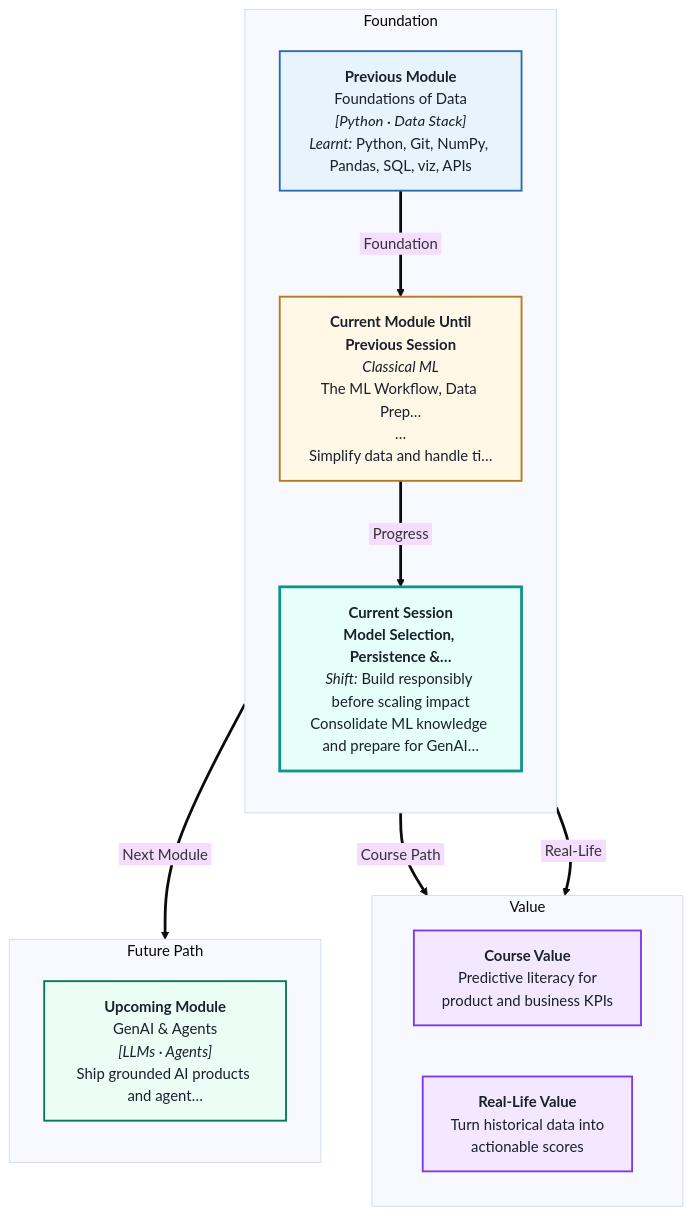
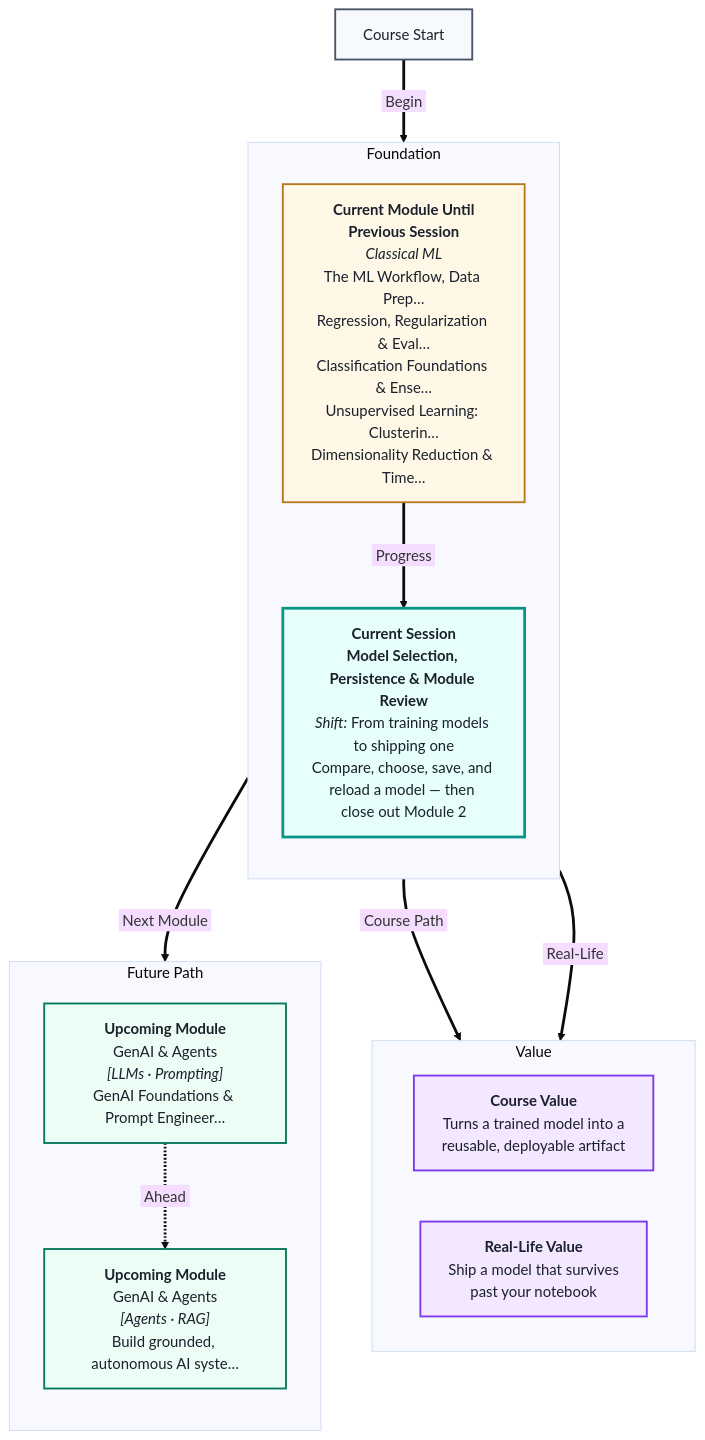
The diagram in IITP_AIML_Regional/IITP-AIMLTN-2605/Module 2- Classical ML/Session 12- Model Selection, Persistence & Module Review/mental Map: Model Selection, Persistence & Module Review.md (ritzrmx/Masai_Curriculum), drawn with Mermaid (base theme) before and after one commit. The commit also changed 47 other files, not shown here.

First line of the commit message:
Regenerate Module 2 (Classical ML) lecture scripts, mental maps & coding problems

````diff
--- a/IITP_AIML_Regional/IITP-AIMLTN-2605/Module 2- Classical ML/Session 12- Model Selection, Persistence & Module Review/mental Map: Model Selection, Persistence & Module Review.md
+++ b/IITP_AIML_Regional/IITP-AIMLTN-2605/Module 2- Classical ML/Session 12- Model Selection, Persistence & Module Review/mental Map: Model Selection, Persistence & Module Review.md
@@ -1,41 +1,42 @@
 ```mermaid
 %%{init: {'flowchart': {'nodeSpacing': 55, 'rankSpacing': 65, 'diagramPadding': 24}}}%%
 flowchart TB
 linkStyle default stroke-width:3px
 
 subgraph foundation[" Foundation "]
 direction TB
-    P0["<b>Previous Module</b><br/>Foundations of Data<br/><i>[Python · Data Stack]</i><br/><i>Learnt:</i> Python, Git, NumPy, Pandas, SQL, viz, APIs"]
-    CURMOD["<b>Current Module Until<br/>Previous Session</b><br/><i>Classical ML</i><br/>The ML Workflow, Data Prep…<br/>…<br/>Simplify data and handle ti…"]
-    CURSES["<b>Current Session</b><br/><b>Model Selection, Persistence &…</b><br/><i>Shift:</i> Build responsibly before scaling impact<br/>Consolidate ML knowledge and prepare for GenAI…"]
+    CURMOD["<b>Current Module Until<br/>Previous Session</b><br/><i>Classical ML</i><br/>The ML Workflow, Data Prep…<br/>Regression, Regularization & Eval…<br/>Classification Foundations & Ense…<br/>Unsupervised Learning: Clusterin…<br/>Dimensionality Reduction & Time…"]
+    CURSES["<b>Current Session</b><br/><b>Model Selection, Persistence & Module Review</b><br/><i>Shift:</i> From training models to shipping one<br/>Compare, choose, save, and reload a model — then close out Module 2"]
 end
 
 subgraph value[" Value "]
 direction LR
-    CVAL["<b>Course Value</b><br/>Predictive literacy for<br/>product and business KPIs"]
-    RVAL["<b>Real-Life Value</b><br/>Turn historical data into<br/>actionable scores"]
+    CVAL["<b>Course Value</b><br/>Turns a trained model into a<br/>reusable, deployable artifact"]
+    RVAL["<b>Real-Life Value</b><br/>Ship a model that survives<br/>past your notebook"]
 end
 
 subgraph future[" Future Path "]
 direction TB
-    U0["<b>Upcoming Module</b><br/>GenAI & Agents<br/><i>[LLMs · Agents]</i><br/>Ship grounded AI products and agent…"]
+    U0["<b>Upcoming Module</b><br/>GenAI & Agents<br/><i>[LLMs · Prompting]</i><br/>GenAI Foundations & Prompt Engineer…"]
+    U1["<b>Upcoming Module</b><br/>GenAI & Agents<br/><i>[Agents · RAG]</i><br/>Build grounded, autonomous AI syste…"]
 end
 
-P0 ==>|&nbsp;Foundation&nbsp;| CURMOD
+START["Course Start"] ==>|&nbsp;Begin&nbsp;| CURMOD
 CURMOD ==>|&nbsp;Progress&nbsp;| CURSES
 CURSES ==>|&nbsp;Course Path&nbsp;| CVAL
 CURSES ==>|&nbsp;Real-Life&nbsp;| RVAL
 CURSES ==>|&nbsp;Next Module&nbsp;| U0
+U0 -.->|&nbsp;Ahead&nbsp;| U1
 
 classDef prevBox fill:#E8F4FC,stroke:#2B6CB0,stroke-width:2px,color:#1A202C
 classDef curModBox fill:#FFF8E6,stroke:#B7791F,stroke-width:2px,color:#1A202C
 classDef curSessBox fill:#E6FFFA,stroke:#0D9488,stroke-width:3px,color:#1A202C
 classDef valueBox fill:#F3E8FF,stroke:#7C3AED,stroke-width:2px,color:#1A202C
 classDef futureBox fill:#ECFDF5,stroke:#047857,stroke-width:2px,color:#1A202C
 classDef startBox fill:#F7FAFC,stroke:#4A5568,stroke-width:2px,color:#1A202C
-class P0 prevBox
+class START startBox
 class CURMOD curModBox
 class CURSES curSessBox
 class CVAL,RVAL valueBox
-class U0 futureBox
+class U0,U1 futureBox
 ```
````
